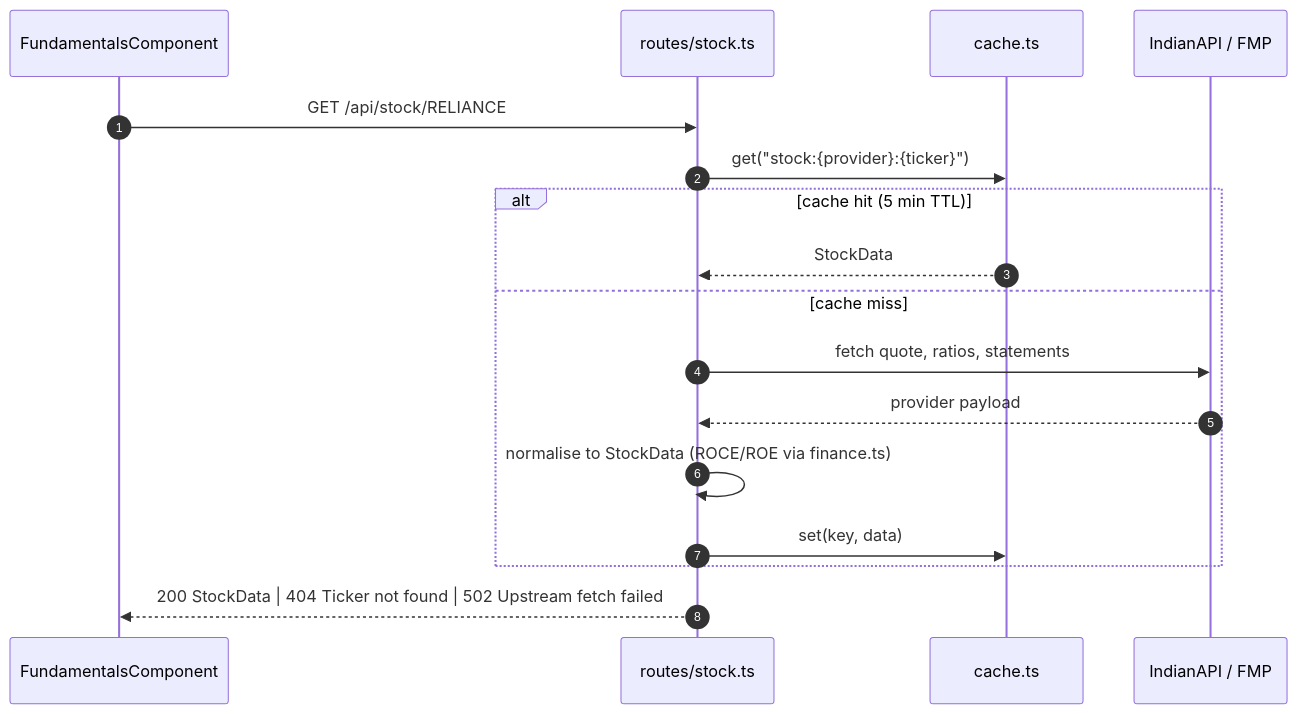
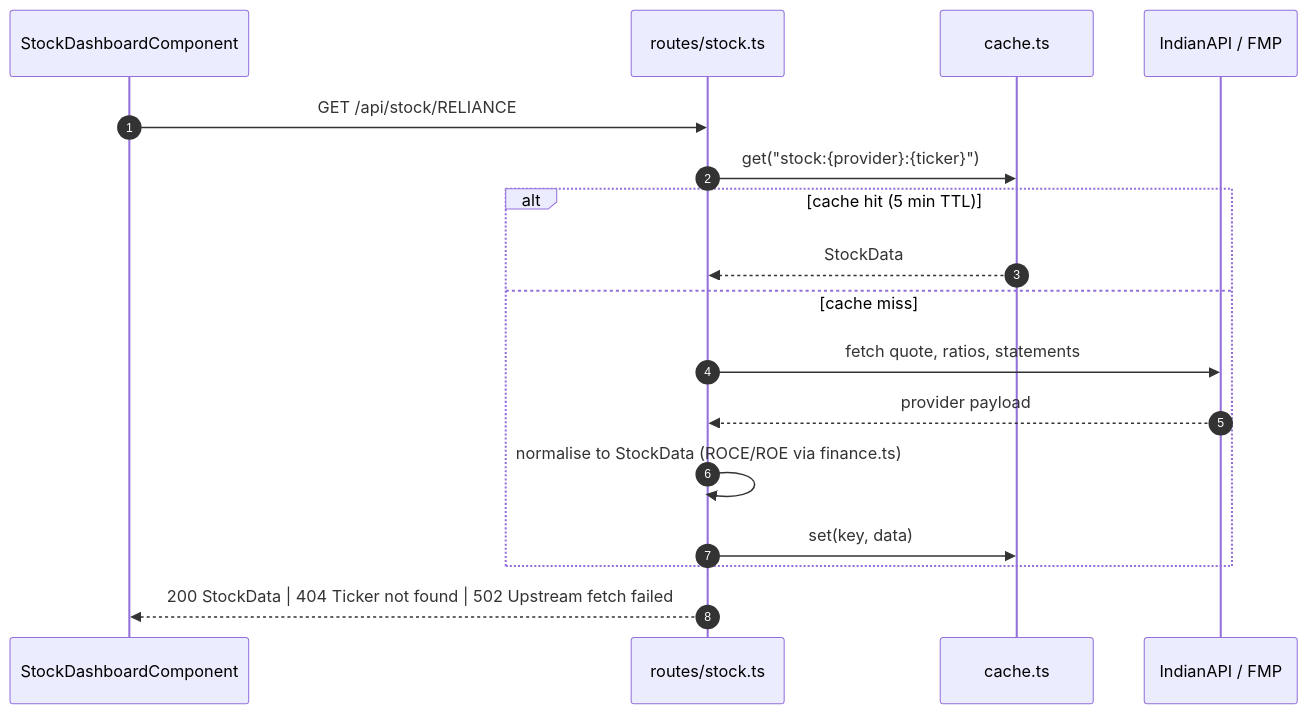
The third of 5 diagrams in docs/architecture.md (vigneshsn/dcf-stock-valuation), drawn with Mermaid before and after one commit. The commit also changed other lines of this file and 34 other files, not shown here.

First line of the commit message:
feat: implement stock dashboard component with quantitative and qualitative analysis features

````diff
--- a/docs/architecture.md
+++ b/docs/architecture.md
@@ -112,20 +111,20 @@
 ```mermaid
 sequenceDiagram
     autonumber
-    participant UI as FundamentalsComponent
+    participant UI as StockDashboardComponent
     participant API as routes/stock.ts
     participant C as cache.ts
     participant P as IndianAPI / FMP
 
     UI->>API: GET /api/stock/RELIANCE
     API->>C: get("stock:{provider}:{ticker}")
     alt cache hit (5 min TTL)
         C-->>API: StockData
     else cache miss
         API->>P: fetch quote, ratios, statements
         P-->>API: provider payload
         API->>API: normalise to StockData (ROCE/ROE via finance.ts)
         API->>C: set(key, data)
     end
     API-->>UI: 200 StockData | 404 Ticker not found | 502 Upstream fetch failed
 ```
````
